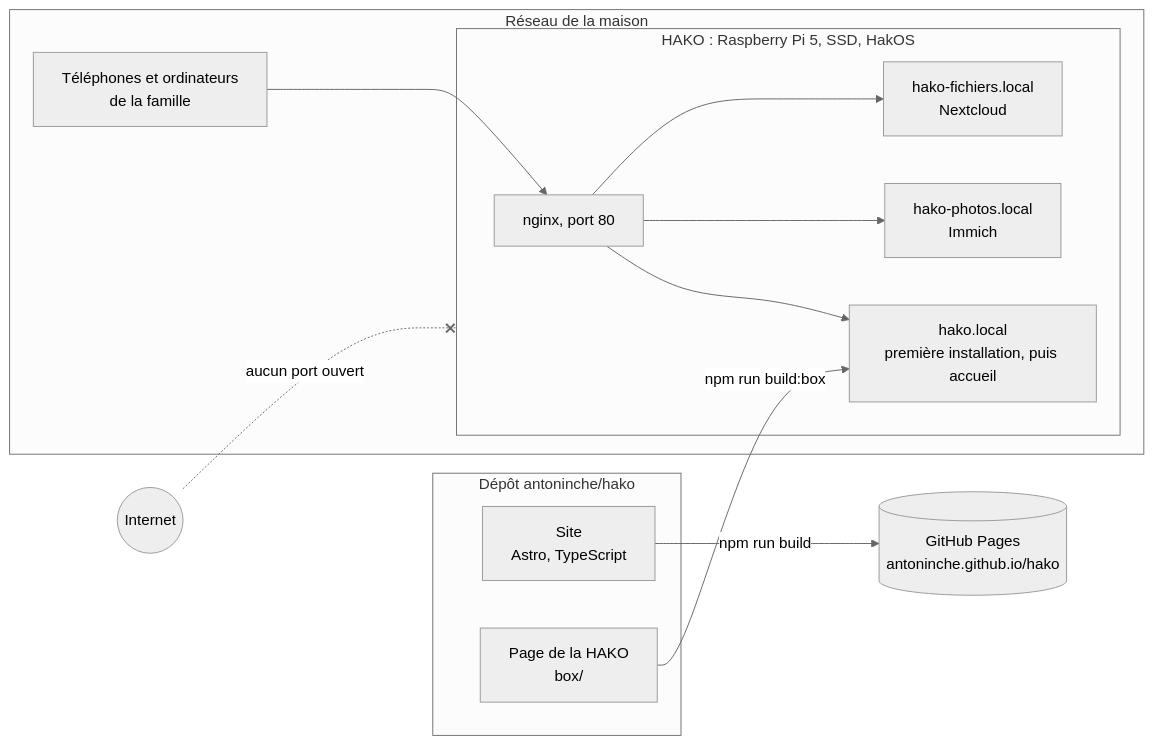
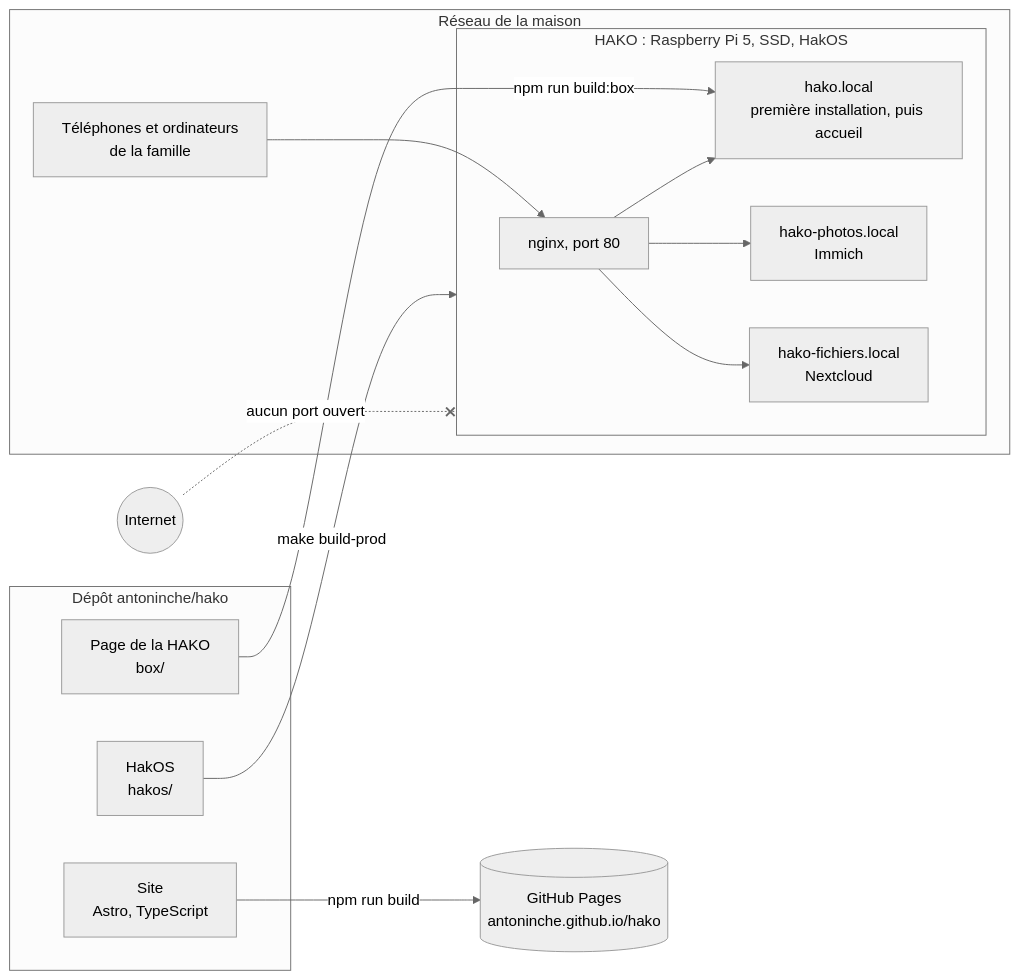
One commit to antoninche/hako changed the diagram in README.md. Above: the diagram before and after it, drawn with Mermaid (neutral theme). The commit also changed other lines of this file, not shown here.

First line of the commit message:
README : HakOS dans hakos/ et sa release 1.0.0

````diff
--- a/README.md
+++ b/README.md
@@ -72,26 +72,28 @@
 ```mermaid
 flowchart LR
     subgraph depot["Dépôt antoninche/hako"]
         site["Site<br/>Astro, TypeScript"]
         boxpage["Page de la HAKO<br/>box/"]
+        hakosdir["HakOS<br/>hakos/"]
     end
     pages[("GitHub Pages<br/>antoninche.github.io/hako")]
     subgraph maison["Réseau de la maison"]
         appareils["Téléphones et ordinateurs<br/>de la famille"]
         subgraph hako["HAKO : Raspberry Pi 5, SSD, HakOS"]
             nginx["nginx, port 80"]
             accueil["hako.local<br/>première installation, puis accueil"]
             immich["hako-photos.local<br/>Immich"]
             nextcloud["hako-fichiers.local<br/>Nextcloud"]
         end
     end
     internet(("Internet"))
 
     site -- "npm run build" --> pages
     boxpage -- "npm run build:box" --> accueil
+    hakosdir -- "make build-prod" --> hako
     appareils --> nginx
     nginx --> accueil
     nginx --> immich
     nginx --> nextcloud
     internet -. "aucun port ouvert" .-x hako
 ```
````
